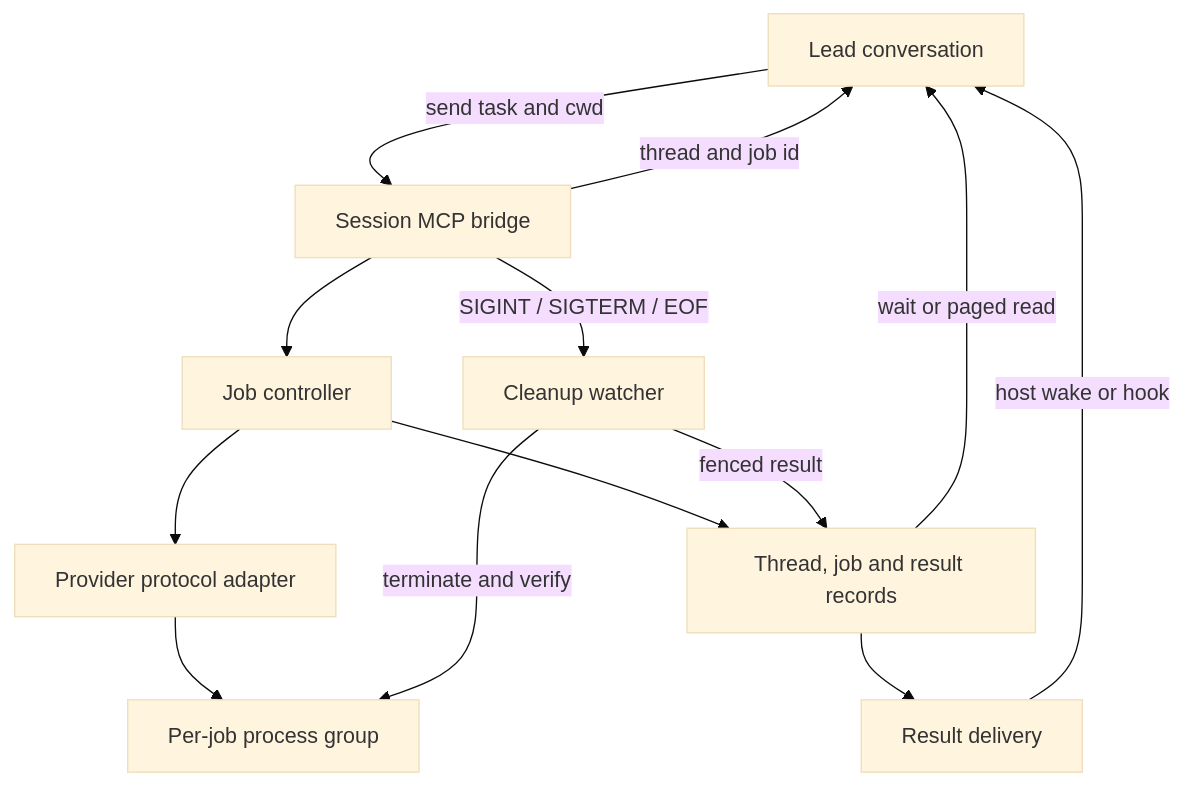
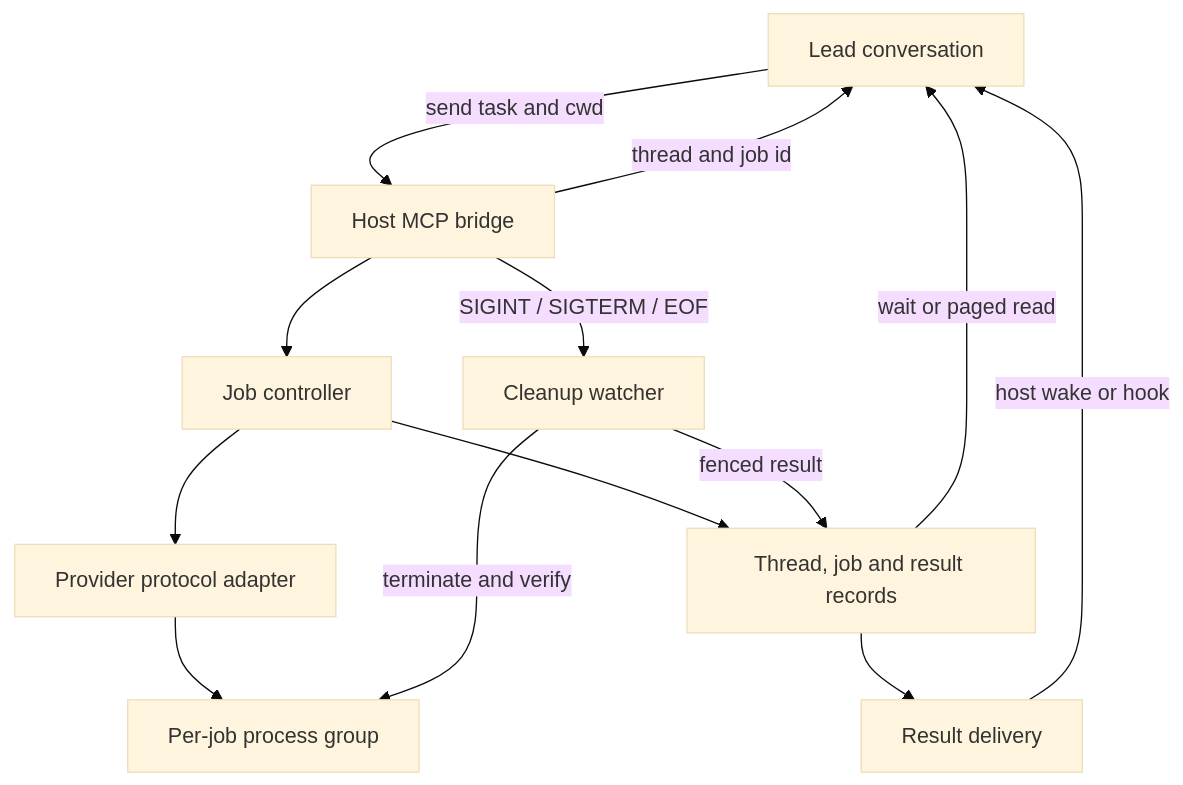
Before and after one commit to thangaram611/agent-companion: the diagram in docs/ARCHITECTURE.md, drawn with Mermaid (base theme). The commit also changed other lines of this file and 3 other files, not shown here.

First line of the commit message:
feat(tools): accept thread and job_id together when the job belongs to that thread, and document the OpenCode and Copilot hosts in CLAUDE.md and the architecture's negative results

````diff
--- a/docs/ARCHITECTURE.md
+++ b/docs/ARCHITECTURE.md
@@ -29,15 +29,15 @@
 ```mermaid
 flowchart TD
-  Lead[Lead conversation] -->|send task and cwd| Bridge[Session MCP bridge]
+  Lead[Lead conversation] -->|send task and cwd| Bridge[Host MCP bridge]
   Bridge -->|thread and job id| Lead
   Bridge --> Controller[Job controller]
   Controller --> Adapter[Provider protocol adapter]
   Adapter --> Provider[Per-job process group]
   Controller --> Records[Thread, job and result records]
   Records --> Delivery[Result delivery]
   Delivery -->|host wake or hook| Lead
   Records -->|wait or paged read| Lead
   Bridge -->|SIGINT / SIGTERM / EOF| Watcher[Cleanup watcher]
   Watcher -->|terminate and verify| Provider
   Watcher -->|fenced result| Records
 ```
````
